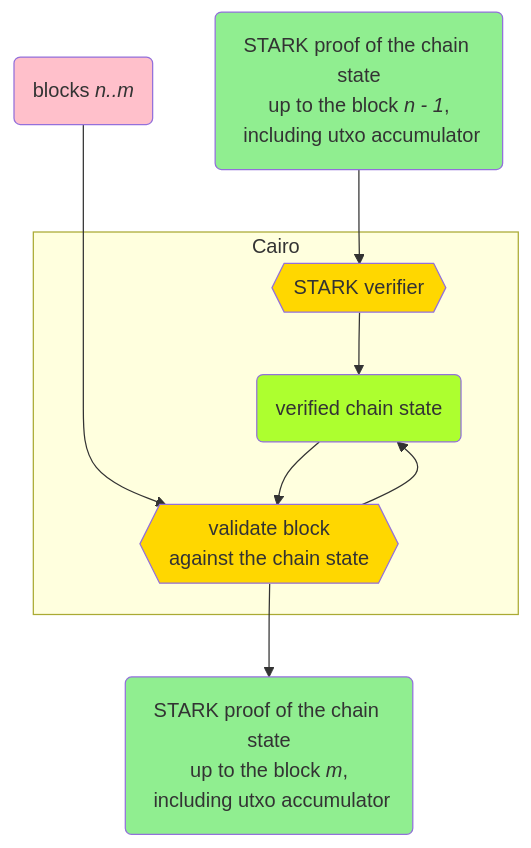
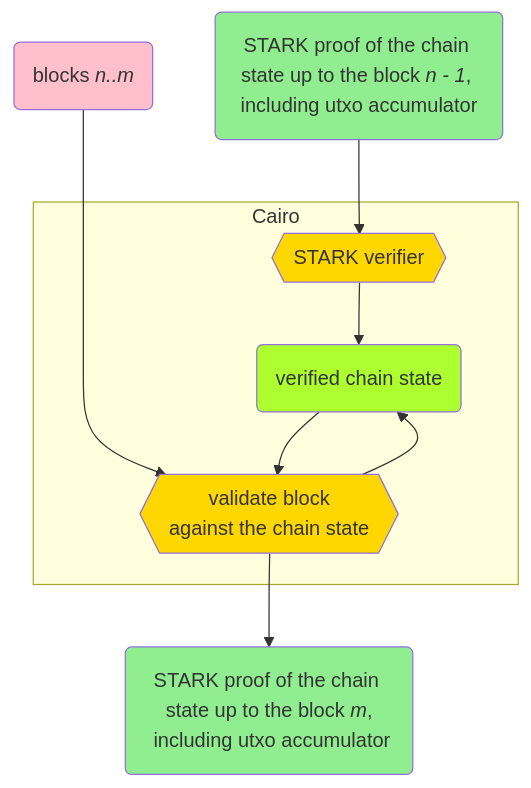
The diagram in README.md (keep-starknet-strange/raito), drawn with Mermaid before and after one commit. The commit also changed other lines of this file, not shown here.

````diff
--- a/README.md
+++ b/README.md
@@ -18,20 +18,20 @@
 ```mermaid
 flowchart TB
-Pnm1(STARK proof of the chain state<br>up to the block <i>n - 1</i>,<br> including utxo accumulator) --> Vp(zk verifier)
+Pnm1(STARK proof of the chain state up to the block <i>n - 1</i>, including utxo accumulator) --> Vp(zk verifier)
 Bn(blocks <i>n..m</i>) ----> Vb
 
 subgraph Cairo
     Vp{{STARK verifier}}-->ChS(verified chain state)
     ChS --> Vb{{validate block<br>against the chain state}}
     Vb --> ChS
 end
 
-Vb --> Pn(STARK proof of the chain state<br>up to the block <i>m</i>,<br> including utxo accumulator)
+Vb --> Pn(STARK proof of the chain state up to the block <i>m</i>,<br> including utxo accumulator)
 
 style Bn fill:pink
 style Pn fill:lightgreen
 style Pnm1 fill:lightgreen
 style ChS fill:greenyellow
 style Vp fill:gold
 style Vb fill:gold
 ```
````
